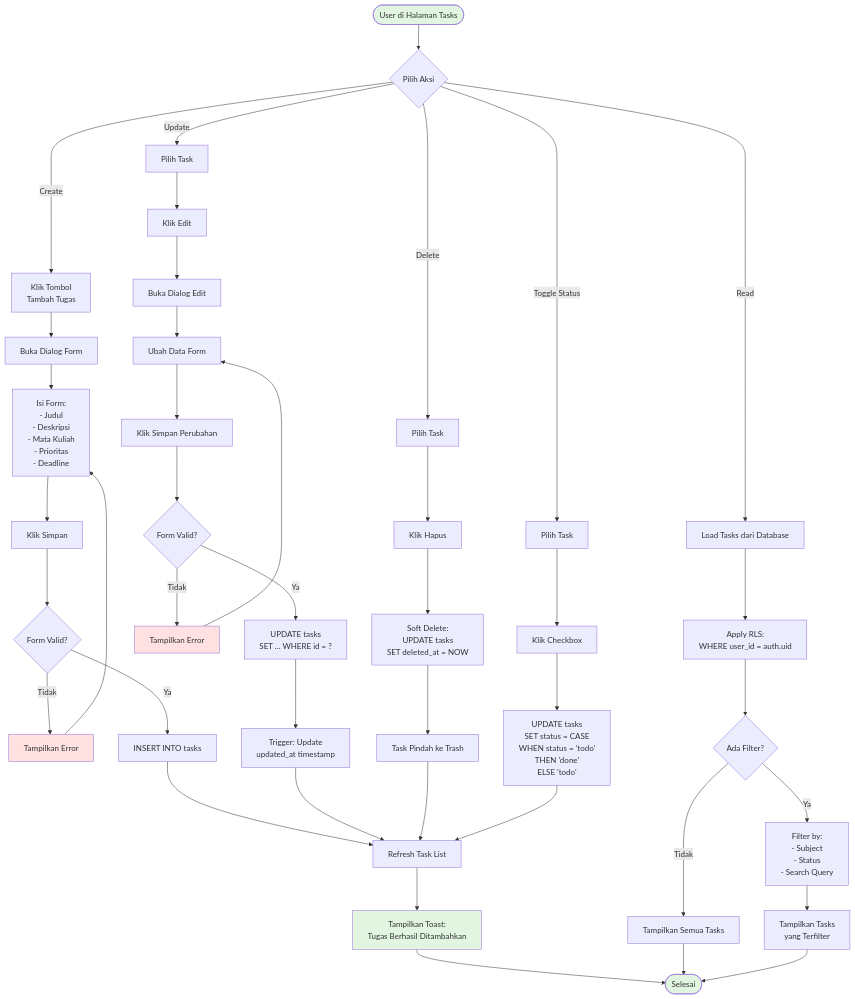
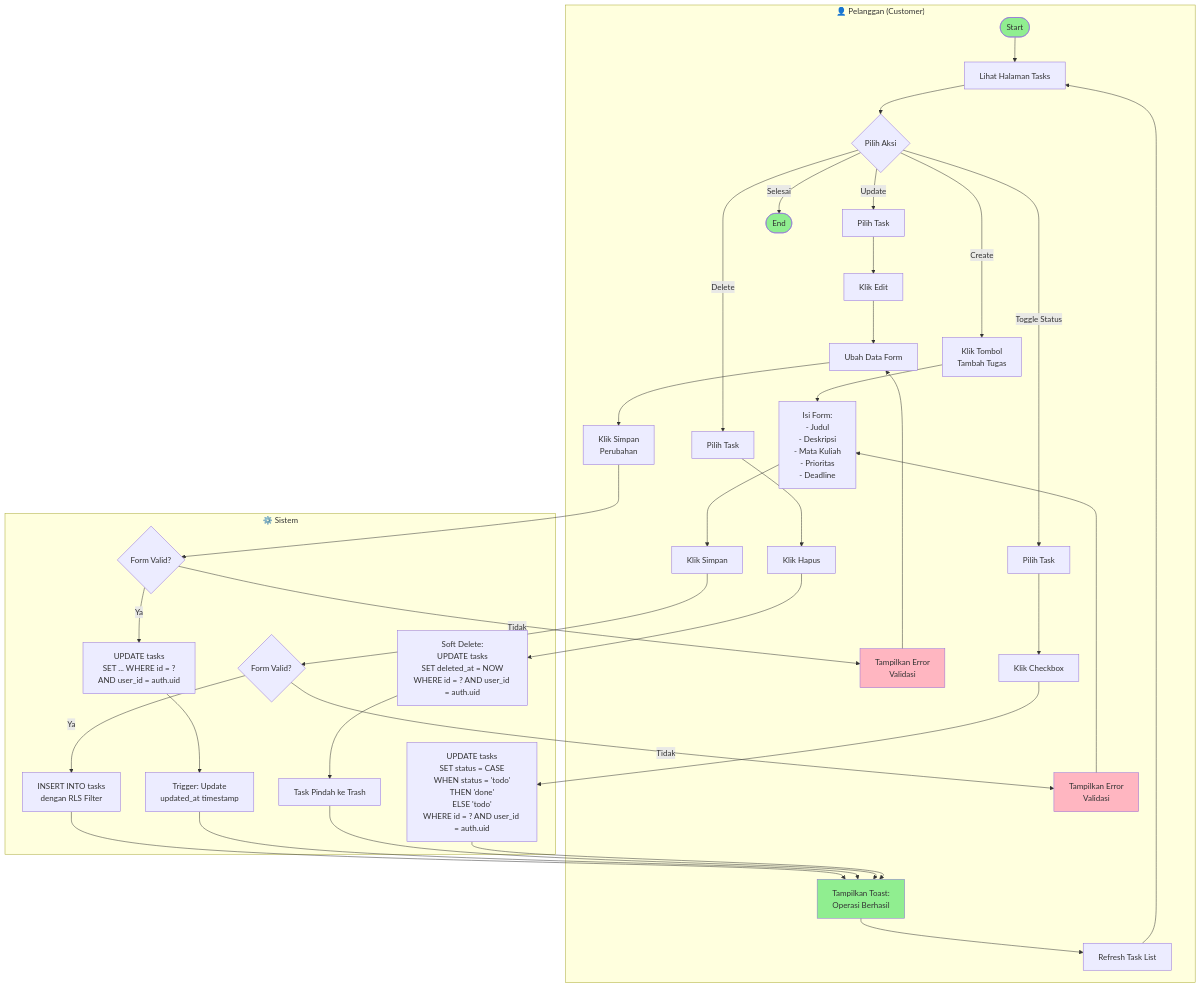
The third of 12 diagrams in ACTIVITY_DIAGRAMS.md (FarhanEfendi21/FlowDay), drawn with Mermaid before and after one commit. The commit also changed other lines of this file and 2 other files, not shown here.

Commit message:
fix activity diagram

````diff
--- a/ACTIVITY_DIAGRAMS.md
+++ b/ACTIVITY_DIAGRAMS.md
@@ -109,59 +122,67 @@
 ```mermaid
 graph TD
-    Start([User di Halaman Tasks]) --> Choice{Pilih Aksi}
+    subgraph User["👤 Pelanggan (Customer)"]
+        Start([Start]) --> ViewTasks[Lihat Halaman Tasks]
+        ViewTasks --> Choice{Pilih Aksi}
+        
+        %% CREATE
+        Choice -->|Create| ClickAdd[Klik Tombol<br/>Tambah Tugas]
+        ClickAdd --> FillForm[Isi Form:<br/>- Judul<br/>- Deskripsi<br/>- Mata Kuliah<br/>- Prioritas<br/>- Deadline]
+        FillForm --> SubmitCreate[Klik Simpan]
+        ErrorCreate[Tampilkan Error<br/>Validasi] --> FillForm
+        
+        %% UPDATE
+        Choice -->|Update| SelectTask[Pilih Task]
+        SelectTask --> ClickEdit[Klik Edit]
+        ClickEdit --> ModifyForm[Ubah Data Form]
+        ModifyForm --> SubmitUpdate[Klik Simpan<br/>Perubahan]
+        ErrorUpdate[Tampilkan Error<br/>Validasi] --> ModifyForm
+        
+        %% DELETE
+        Choice -->|Delete| SelectTaskDel[Pilih Task]
+        SelectTaskDel --> ClickDelete[Klik Hapus]
+        
+        %% TOGGLE
+        Choice -->|Toggle Status| SelectTaskToggle[Pilih Task]
+        SelectTaskToggle --> ClickCheckbox[Klik Checkbox]
+        
+        ShowSuccess[Tampilkan Toast:<br/>Operasi Berhasil] --> RefreshView[Refresh Task List]
+        RefreshView --> ViewTasks
+        Choice -->|Selesai| End([End])
+    end
     
-    %% CREATE FLOW
-    Choice -->|Create| ClickAdd[Klik Tombol<br/>Tambah Tugas]
-    ClickAdd --> OpenDialog[Buka Dialog Form]
-    OpenDialog --> FillForm[Isi Form:<br/>- Judul<br/>- Deskripsi<br/>- Mata Kuliah<br/>- Prioritas<br/>- Deadline]
-    FillForm --> SubmitCreate[Klik Simpan]
-    SubmitCreate --> ValidateCreate{Form Valid?}
-    ValidateCreate -->|Tidak| ErrorCreate[Tampilkan Error]
-    ErrorCreate --> FillForm
-    ValidateCreate -->|Ya| InsertDB[INSERT INTO tasks]
-    InsertDB --> RefreshList[Refresh Task List]
-    RefreshList --> ShowSuccess[Tampilkan Toast:<br/>Tugas Berhasil Ditambahkan]
-    ShowSuccess --> End([Selesai])
+    subgraph System["⚙️ Sistem"]
+        %% CREATE SYSTEM
+        ValidateCreate{Form Valid?}
+        ValidateCreate -->|Tidak| ErrorCreate
+        ValidateCreate -->|Ya| InsertDB[INSERT INTO tasks<br/>dengan RLS Filter]
+        InsertDB --> ShowSuccess
+        
+        %% UPDATE SYSTEM
+        ValidateUpdate{Form Valid?}
+        ValidateUpdate -->|Tidak| ErrorUpdate
+        ValidateUpdate -->|Ya| UpdateDB[UPDATE tasks<br/>SET ... WHERE id = ?<br/>AND user_id = auth.uid]
+        UpdateDB --> TriggerUpdate[Trigger: Update<br/>updated_at timestamp]
+        TriggerUpdate --> ShowSuccess
+        
+        %% DELETE SYSTEM
+        SoftDelete[Soft Delete:<br/>UPDATE tasks<br/>SET deleted_at = NOW<br/>WHERE id = ? AND user_id = auth.uid]
+        SoftDelete --> MoveTrash[Task Pindah ke Trash]
+        MoveTrash --> ShowSuccess
+        
+        %% TOGGLE SYSTEM
+        ToggleDB[UPDATE tasks<br/>SET status = CASE<br/>WHEN status = 'todo'<br/>THEN 'done'<br/>ELSE 'todo'<br/>WHERE id = ? AND user_id = auth.uid]
+        ToggleDB --> ShowSuccess
+    end
     
-    %% READ FLOW
-    Choice -->|Read| LoadTasks[Load Tasks dari Database]
-    LoadTasks --> ApplyRLS[Apply RLS:<br/>WHERE user_id = auth.uid]
-    ApplyRLS --> ApplyFilters{Ada Filter?}
-    ApplyFilters -->|Ya| FilterData[Filter by:<br/>- Subject<br/>- Status<br/>- Search Query]
-    ApplyFilters -->|Tidak| DisplayAll[Tampilkan Semua Tasks]
-    FilterData --> DisplayFiltered[Tampilkan Tasks<br/>yang Terfilter]
-    DisplayAll --> End
-    DisplayFiltered --> End
-    
-    %% UPDATE FLOW
-    Choice -->|Update| SelectTask[Pilih Task]
-    SelectTask --> ClickEdit[Klik Edit]
-    ClickEdit --> OpenEditDialog[Buka Dialog Edit]
-    OpenEditDialog --> ModifyForm[Ubah Data Form]
-    ModifyForm --> SubmitUpdate[Klik Simpan Perubahan]
-    SubmitUpdate --> ValidateUpdate{Form Valid?}
-    ValidateUpdate -->|Tidak| ErrorUpdate[Tampilkan Error]
-    ErrorUpdate --> ModifyForm
-    ValidateUpdate -->|Ya| UpdateDB[UPDATE tasks<br/>SET ... WHERE id = ?]
-    UpdateDB --> TriggerUpdate[Trigger: Update<br/>updated_at timestamp]
-    TriggerUpdate --> RefreshList
-    
-    %% DELETE FLOW
-    Choice -->|Delete| SelectTaskDel[Pilih Task]
-    SelectTaskDel --> ClickDelete[Klik Hapus]
-    ClickDelete --> SoftDelete[Soft Delete:<br/>UPDATE tasks<br/>SET deleted_at = NOW]
-    SoftDelete --> MoveTrash[Task Pindah ke Trash]
-    MoveTrash --> RefreshList
-    
-    %% TOGGLE STATUS
-    Choice -->|Toggle Status| SelectTaskToggle[Pilih Task]
-    SelectTaskToggle --> ClickCheckbox[Klik Checkbox]
-    ClickCheckbox --> ToggleDB[UPDATE tasks<br/>SET status = CASE<br/>WHEN status = 'todo'<br/>THEN 'done'<br/>ELSE 'todo']
-    ToggleDB --> RefreshList
+    SubmitCreate --> ValidateCreate
+    SubmitUpdate --> ValidateUpdate
+    ClickDelete --> SoftDelete
+    ClickCheckbox --> ToggleDB
 
-    style Start fill:#e1f5e1
-    style End fill:#e1f5e1
-    style ErrorCreate fill:#ffe1e1
-    style ErrorUpdate fill:#ffe1e1
-    style ShowSuccess fill:#e1f5e1
+    style Start fill:#90EE90
+    style End fill:#90EE90
+    style ErrorCreate fill:#FFB6C1
+    style ErrorUpdate fill:#FFB6C1
+    style ShowSuccess fill:#90EE90
 ```
````
